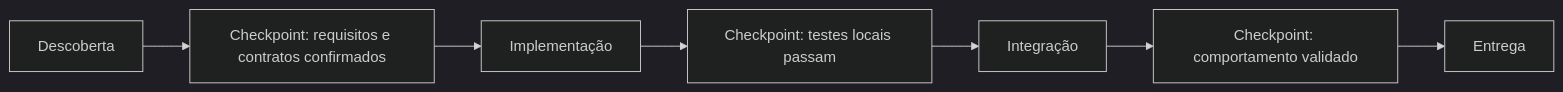
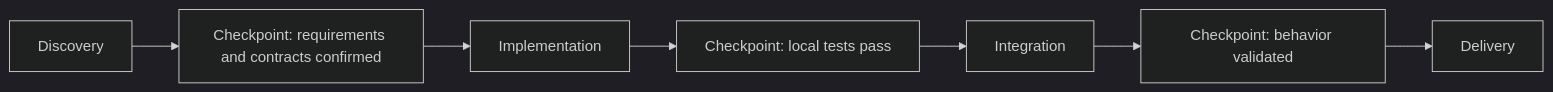
The third of 3 diagrams in dist/.claude/skills/pelizzai-reasoning/techniques/plan-and-execute.md (rpelizza/PelizzAI), drawn with Mermaid (dark theme) before and after one commit. The commit also changed other lines of this file and 362 other files, not shown here.

````diff
--- a/dist/.claude/skills/pelizzai-reasoning/techniques/plan-and-execute.md
+++ b/dist/.claude/skills/pelizzai-reasoning/techniques/plan-and-execute.md
@@ -443,9 +443,9 @@
 ```mermaid
 flowchart LR
-    A[Descoberta] --> B[Checkpoint: requisitos e contratos confirmados]
-    B --> C[Implementação]
-    C --> D[Checkpoint: testes locais passam]
-    D --> E[Integração]
-    E --> F[Checkpoint: comportamento validado]
-    F --> G[Entrega]
+    A[Discovery] --> B[Checkpoint: requirements and contracts confirmed]
+    B --> C[Implementation]
+    C --> D[Checkpoint: local tests pass]
+    D --> E[Integration]
+    E --> F[Checkpoint: behavior validated]
+    F --> G[Delivery]
 ```
````
